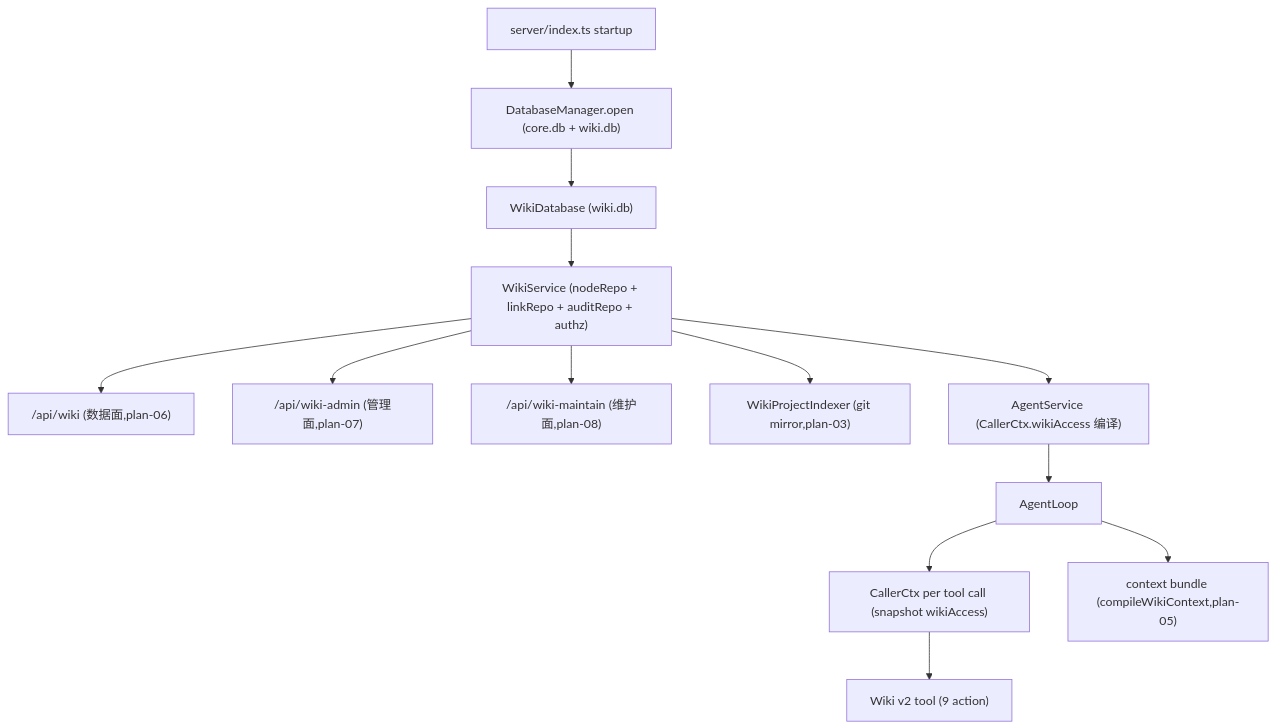
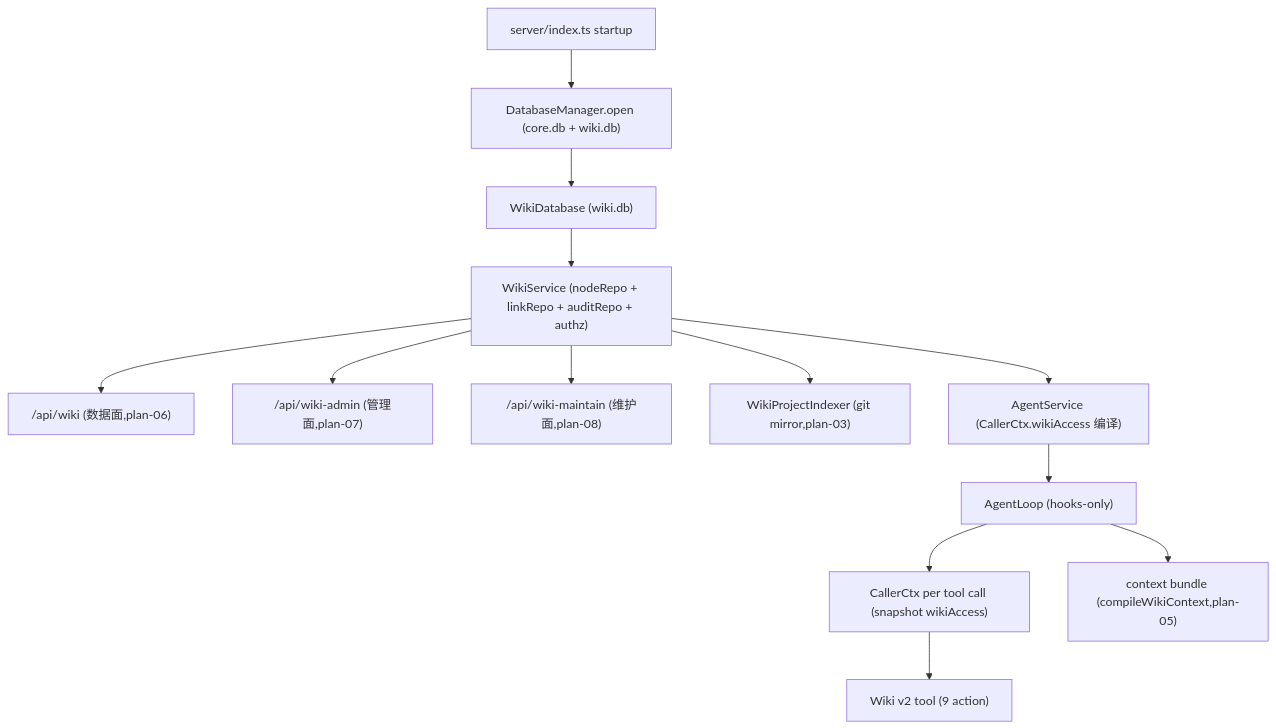
The first of 2 diagrams in docs/arch/06-knowledge-subsystems.md (LanicBlue/zero-core), drawn with Mermaid before and after one commit. The commit also changed other lines of this file and 64 other files, not shown here.

First line of the commit message:
docs(wiki-system-redesign): P1-7 arch docs 只描述 v2 + 加固 link checker + regen code-graph(acceptance review)

````diff
--- a/docs/arch/06-knowledge-subsystems.md
+++ b/docs/arch/06-knowledge-subsystems.md
@@ -106,15 +91,15 @@
 ```mermaid
 graph TB
     Start["server/index.ts startup"] --> DB["DatabaseManager.open (core.db + wiki.db)"]
     DB --> WikiDb["WikiDatabase (wiki.db)"]
     WikiDb --> WikiService["WikiService (nodeRepo + linkRepo + auditRepo + authz)"]
     WikiService --> DataApi["/api/wiki (数据面,plan-06)"]
     WikiService --> AdminApi["/api/wiki-admin (管理面,plan-07)"]
     WikiService --> MaintainApi["/api/wiki-maintain (维护面,plan-08)"]
     WikiService --> Indexer["WikiProjectIndexer (git mirror,plan-03)"]
     WikiService --> AgentService["AgentService (CallerCtx.wikiAccess 编译)"]
-    AgentService --> Loop["AgentLoop"]
+    AgentService --> Loop["AgentLoop (hooks-only)"]
     Loop --> CallerCtx["CallerCtx per tool call (snapshot wikiAccess)"]
     CallerCtx --> WikiV2Tool["Wiki v2 tool (9 action)"]
     Loop --> ContextBundle["context bundle (compileWikiContext,plan-05)"]
 ```
````
